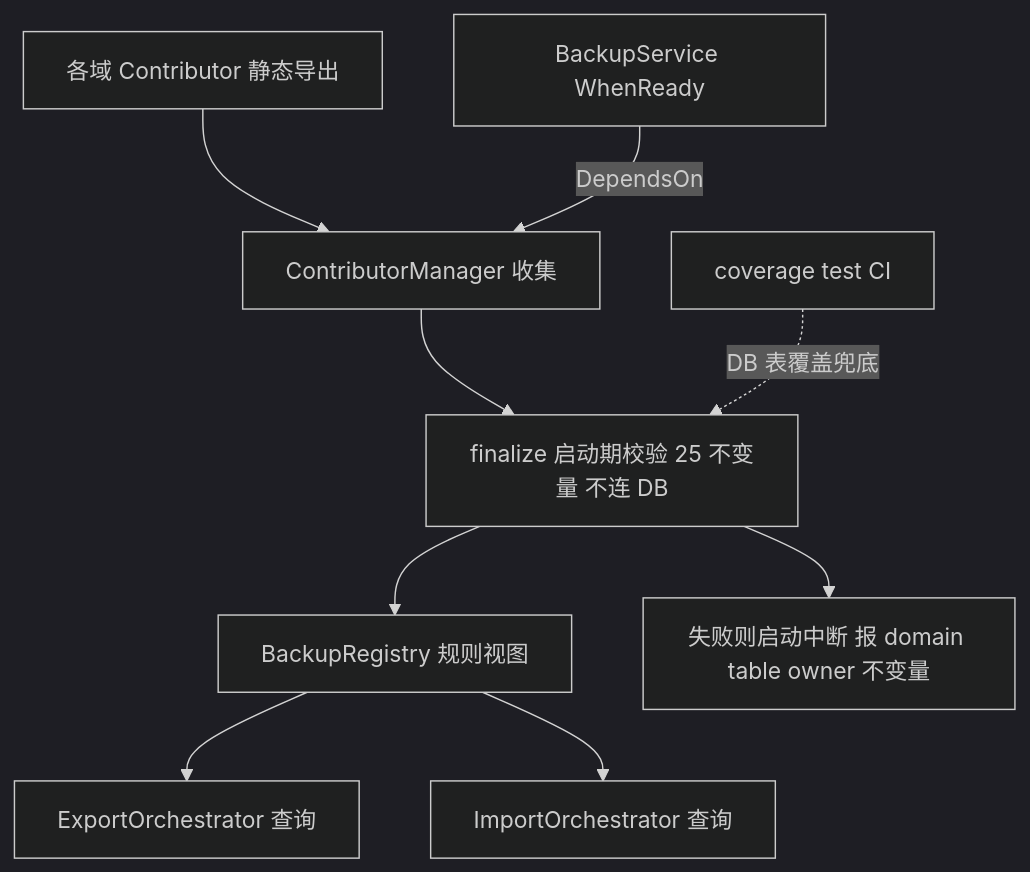
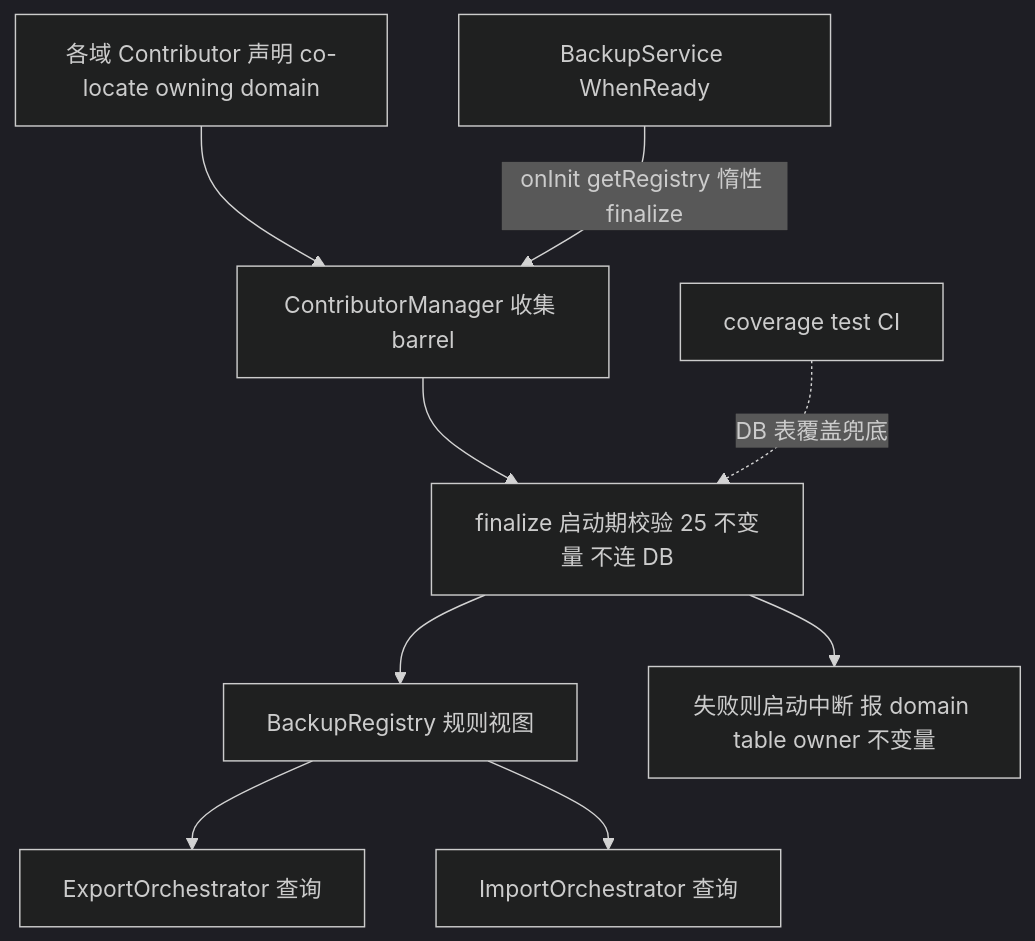
Before and after one commit to CherryHQ/cherry-studio: the fifth of 5 diagrams in docs/references/backup/backup-architecture.md, drawn with Mermaid (dark theme). The commit also changed other lines of this file, not shown here.

First line of the commit message:
refactor(backup): downgrade ContributorManager, co-locate placement

````diff
--- a/docs/references/backup/backup-architecture.md
+++ b/docs/references/backup/backup-architecture.md
@@ -287,11 +287,11 @@
 ```mermaid
 flowchart TB
-  C[各域 Contributor 静态导出] --> CM[ContributorManager 收集]
+  C[各域 Contributor 声明 co-locate owning domain] --> CM[ContributorManager 收集 barrel]
   CM --> FN[finalize 启动期校验 25 不变量 不连 DB]
   FN --> BR[BackupRegistry 规则视图]
   FN --> X[失败则启动中断 报 domain table owner 不变量]
   BR --> EX[ExportOrchestrator 查询]
   BR --> IM[ImportOrchestrator 查询]
-  BS[BackupService WhenReady] -->|DependsOn| CM
+  BS[BackupService WhenReady] -->|onInit getRegistry 惰性 finalize| CM
   CT[coverage test CI] -.DB 表覆盖兜底.-> FN
 ```
````
